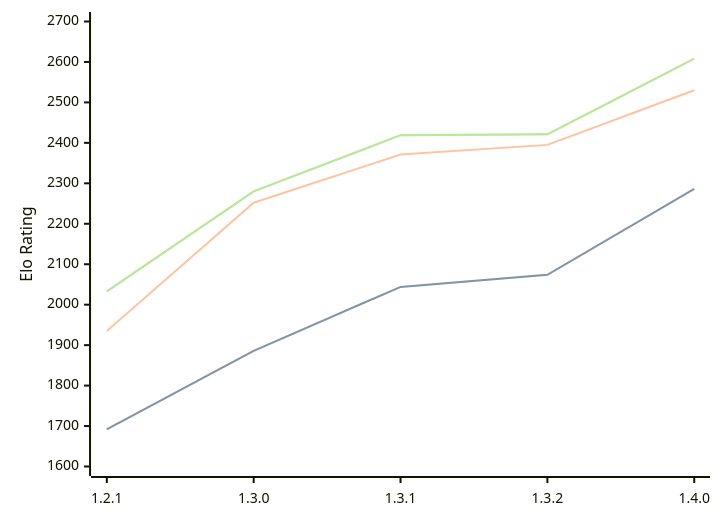
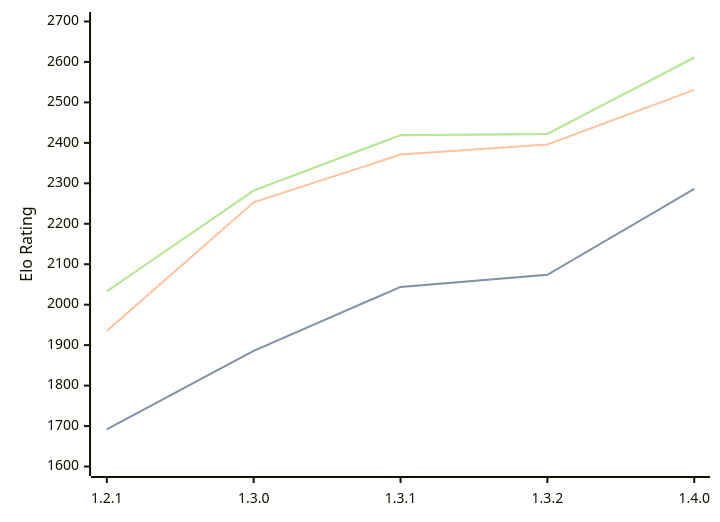
Before and after one commit to computer-chess-index/cci: the diagram in engines/Chal.md, drawn with Mermaid. The commit also changed other lines of this file, not shown here.

Commit message:
Update CCI Ratings (ELO VLTC) - 2026-04-13

````diff
--- a/engines/Chal.md
+++ b/engines/Chal.md
@@ -38,11 +38,11 @@
 ```mermaid
 %%{init: {"theme":"base","themeVariables":{"seriesColors:['#a3a3a3','#222221','#faa371']}}}%%
 xychart-beta
   x-axis ["1.2.1", "1.3.0", "1.3.1", "1.3.2", "1.4.0"]
   y-axis "Elo Rating" 1600 --> 2700
   line "STC (8.0+0.08s)" [1692, 1886, 2044, 2074, 2286]
   line "STC (8.0+0.08s)" [1692, 1886, 2044, 2074, 2286]
-  line "LTC (60.0+0.60s)" [1935, 2252, 2371, 2395, 2530]
-  line "VLTC (2m24s+1.12s)" [2033, 2280, 2419, 2421, 2608]
-  line "VLTC (2m24s+1.12s)" [2033, 2280, 2419, 2421, 2608]
+  line "LTC (60.0+0.60s)" [1935, 2253, 2371, 2396, 2531]
+  line "VLTC (2m24s+1.12s)" [2033, 2282, 2419, 2422, 2611]
+  line "VLTC (2m24s+1.12s)" [2033, 2282, 2419, 2422, 2611]
 ```
````
